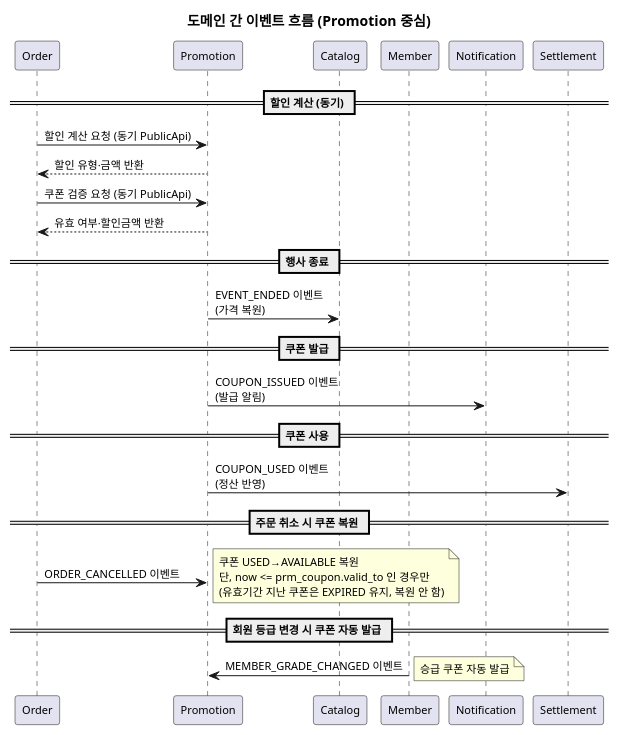
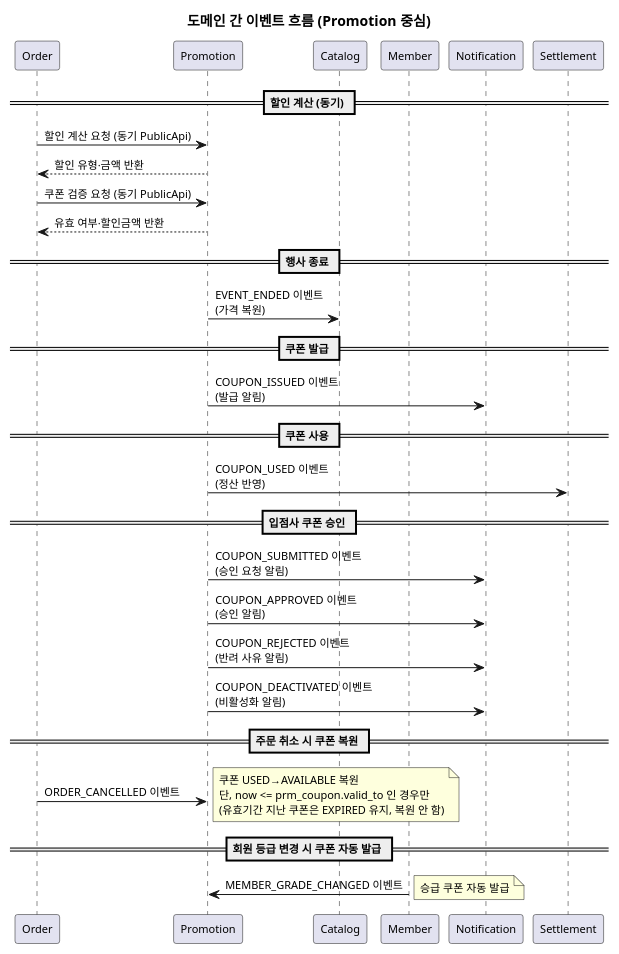
Before and after one commit to parknahyun/runNShop: the diagram in docs/deliverables/S2-구조설계/DI-이벤트플로우/promotion.md, drawn with PlantUML. The commit also changed other lines of this file and 5 other files, not shown here.

````diff
--- a/docs/deliverables/S2-구조설계/DI-이벤트플로우/promotion.md
+++ b/docs/deliverables/S2-구조설계/DI-이벤트플로우/promotion.md
@@ -56,43 +62,49 @@
 ```plantuml
 @startuml
 skinparam backgroundColor transparent
 skinparam defaultFontSize 11
 title 도메인 간 이벤트 흐름 (Promotion 중심)
 
 participant Order as ORD
 participant Promotion as PRO
 participant Catalog as CAT
 participant Member as MEM
 participant Notification as NTF
 participant Settlement as STL
 
 == 할인 계산 (동기) ==
 ORD -> PRO : 할인 계산 요청 (동기 PublicApi)
 PRO --> ORD : 할인 유형·금액 반환
 
 ORD -> PRO : 쿠폰 검증 요청 (동기 PublicApi)
 PRO --> ORD : 유효 여부·할인금액 반환
 
 == 행사 종료 ==
 PRO -> CAT : EVENT_ENDED 이벤트\n(가격 복원)
 
 == 쿠폰 발급 ==
 PRO -> NTF : COUPON_ISSUED 이벤트\n(발급 알림)
 
 == 쿠폰 사용 ==
 PRO -> STL : COUPON_USED 이벤트\n(정산 반영)
 
+== 입점사 쿠폰 승인 ==
+PRO -> NTF : COUPON_SUBMITTED 이벤트\n(승인 요청 알림)
+PRO -> NTF : COUPON_APPROVED 이벤트\n(승인 알림)
+PRO -> NTF : COUPON_REJECTED 이벤트\n(반려 사유 알림)
+PRO -> NTF : COUPON_DEACTIVATED 이벤트\n(비활성화 알림)
+
 == 주문 취소 시 쿠폰 복원 ==
 ORD -> PRO : ORDER_CANCELLED 이벤트
 note right
   쿠폰 USED→AVAILABLE 복원
   단, now <= prm_coupon.valid_to 인 경우만
   (유효기간 지난 쿠폰은 EXPIRED 유지, 복원 안 함)
 end note
 
 == 회원 등급 변경 시 쿠폰 자동 발급 ==
 MEM -> PRO : MEMBER_GRADE_CHANGED 이벤트
 note right: 승급 쿠폰 자동 발급
 
 @enduml
 ```
````
